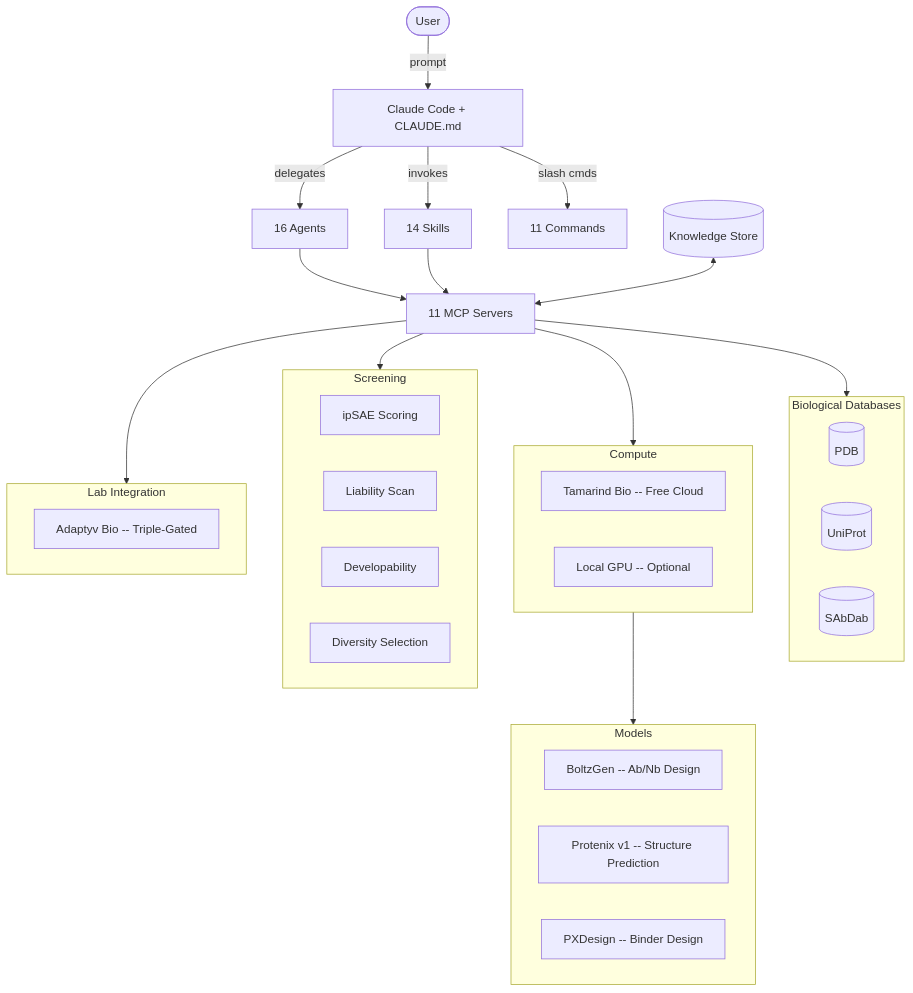
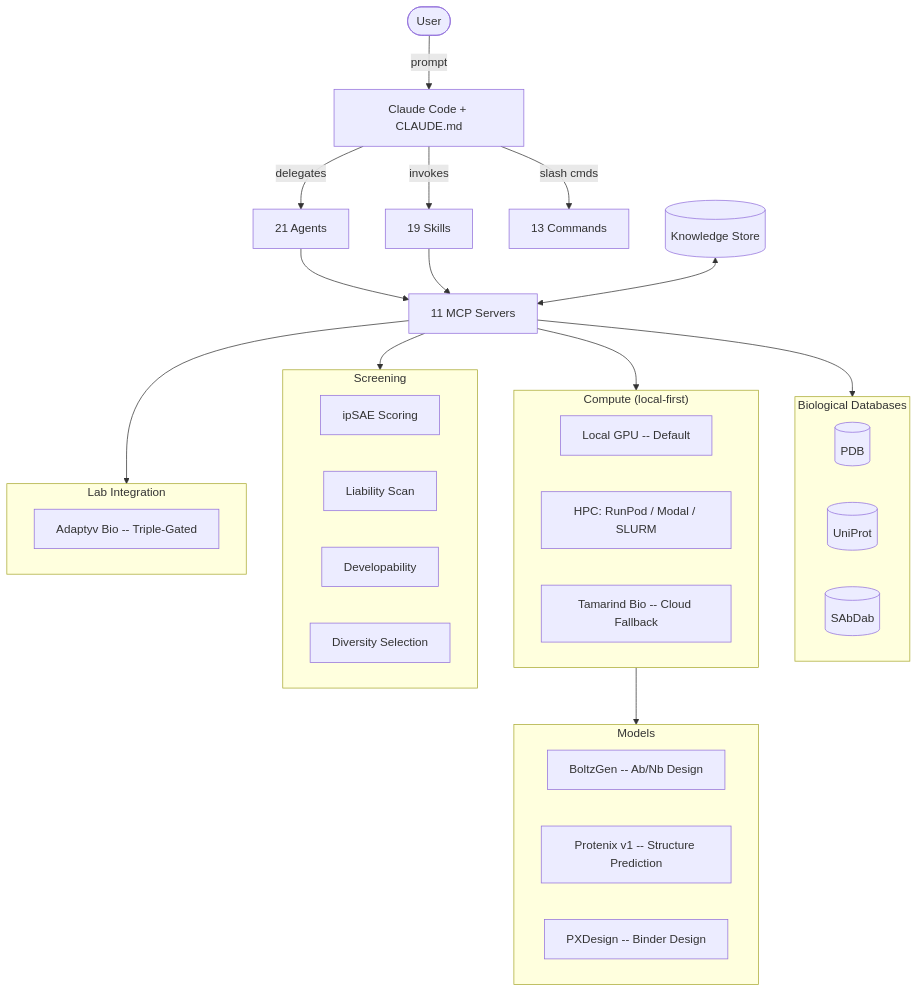
Before and after one commit to 001TMF/blatant-why: the diagram in README.md, drawn with Mermaid. The commit also changed other lines of this file, not shown here.

First line of the commit message:
docs: update README to reflect skills quality pass

````diff
--- a/README.md
+++ b/README.md
@@ -355,47 +380,48 @@
 ```mermaid
 flowchart TB
     User([User]) -->|prompt| Claude[Claude Code + CLAUDE.md]
 
-    Claude -->|delegates| Agents[16 Agents]
-    Claude -->|invokes| Skills[14 Skills]
-    Claude -->|slash cmds| Commands[11 Commands]
+    Claude -->|delegates| Agents[21 Agents]
+    Claude -->|invokes| Skills[19 Skills]
+    Claude -->|slash cmds| Commands[13 Commands]
 
     Agents --> MCP[11 MCP Servers]
     Skills --> MCP
 
     subgraph Data["Biological Databases"]
         PDB[(PDB)]
         UniProt[(UniProt)]
         SAbDab[(SAbDab)]
     end
 
-    subgraph Compute["Compute"]
-        Tamarind["Tamarind Bio -- Free Cloud"]
-        LocalGPU["Local GPU -- Optional"]
+    subgraph Compute["Compute (local-first)"]
+        LocalGPU["Local GPU -- Default"]
+        HPC["HPC: RunPod / Modal / SLURM"]
+        Tamarind["Tamarind Bio -- Cloud Fallback"]
     end
 
     subgraph Models["Models"]
         BoltzGen["BoltzGen -- Ab/Nb Design"]
         Protenix["Protenix v1 -- Structure Prediction"]
         PXDesign["PXDesign -- Binder Design"]
     end
 
     subgraph Screening["Screening"]
         ipSAE["ipSAE Scoring"]
         Liabilities["Liability Scan"]
         Developability["Developability"]
         Diversity["Diversity Selection"]
     end
 
     subgraph Lab["Lab Integration"]
         Adaptyv["Adaptyv Bio -- Triple-Gated"]
     end
 
     MCP --> Data
     MCP --> Compute
     Compute --> Models
     MCP --> Screening
     MCP --> Lab
 
     Knowledge[("Knowledge Store")] <--> MCP
 ```
````
